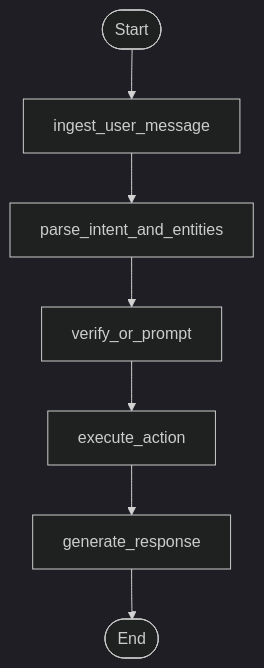
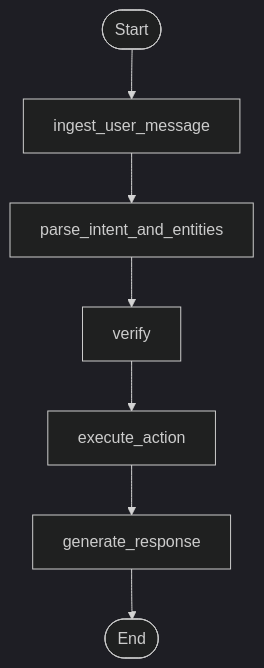
Before and after one commit to ktakanopy/appointment-bot: the diagram in docs/graph.md, drawn with Mermaid (dark theme). The commit also changed other lines of this file and 28 other files, not shown here.

````diff
--- a/docs/graph.md
+++ b/docs/graph.md
@@ -3,9 +3,9 @@
 ```mermaid
 flowchart TD
     start([Start]) --> ingest[ingest_user_message]
     ingest --> interpret[parse_intent_and_entities]
-    interpret --> verify[verify_or_prompt]
+    interpret --> verify[verify]
     verify --> execute[execute_action]
     execute --> respond[generate_response]
     respond --> finish([End])
 ```
````
